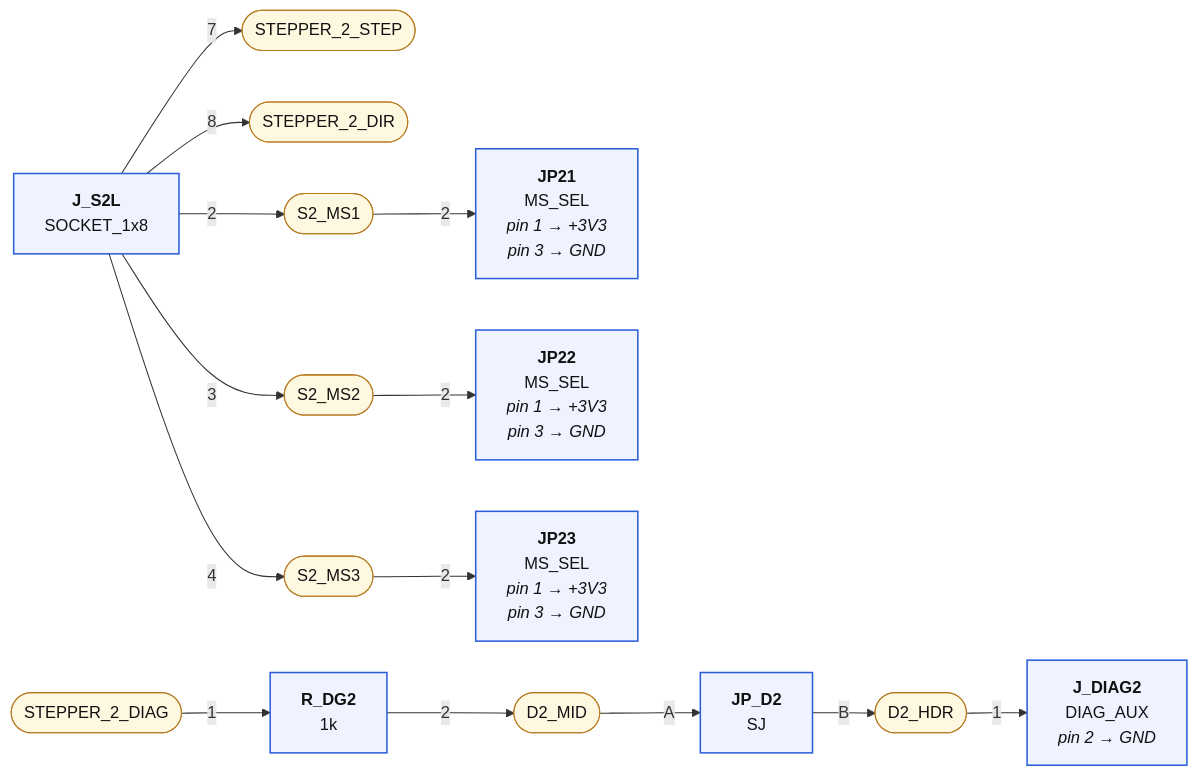
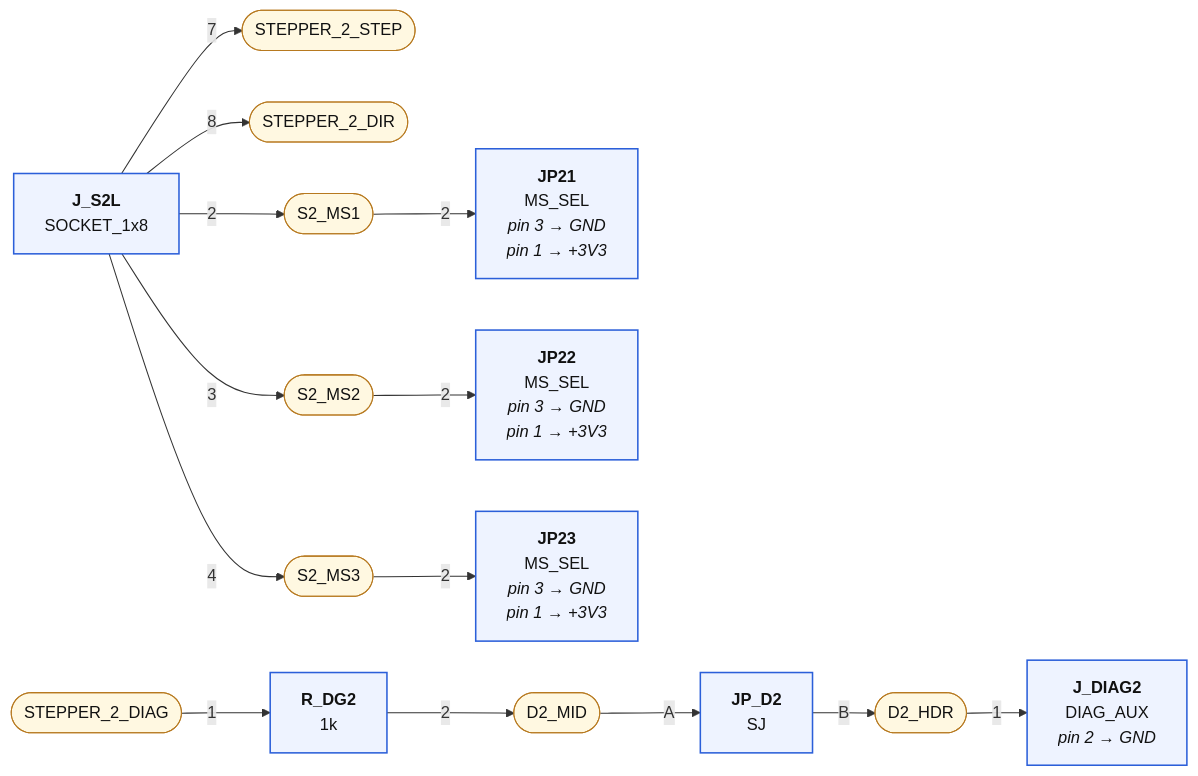
Before and after one commit to mrwillson2u/propmesh: the second of 5 diagrams in hardware/pro/sheets/06-motors.diagram.md, drawn with Mermaid. The commit also changed other lines of this file and 44 other files, not shown here.

````diff
--- a/hardware/pro/sheets/06-motors.diagram.md
+++ b/hardware/pro/sheets/06-motors.diagram.md
@@ -54,38 +54,38 @@
 ```mermaid
 graph LR
   classDef part fill:#eef3ff,stroke:#2b5fd9,stroke-width:1.5px,color:#111
   classDef net fill:#fff8e1,stroke:#b7791f,color:#111
   classDef rail fill:#ffe0b2,stroke:#e65100,stroke-width:3px,color:#111,font-weight:bold
   classDef badnet fill:#ffe0e0,stroke:#c00,stroke-width:3px,color:#111,font-weight:bold
   classDef absent fill:#fff,stroke:#c00,stroke-width:2px,stroke-dasharray:6 4,color:#c00
   classDef extra fill:#ffecec,stroke:#c00,stroke-width:2px,color:#111
   classDef dnp fill:#f5f5f5,stroke:#999,stroke-dasharray:3 3,color:#666
   N_STEPPER_2_STEP(["STEPPER_2_STEP"]):::net
   P_J_S2L["<b>J_S2L</b><br/>SOCKET_1x8"]:::part
   P_J_S2L --"7"--> N_STEPPER_2_STEP
   N_STEPPER_2_DIR(["STEPPER_2_DIR"]):::net
   P_J_S2L --"8"--> N_STEPPER_2_DIR
   N_S2_MS1(["S2_MS1"]):::net
   P_J_S2L --"2"--> N_S2_MS1
-  P_JP21["<b>JP21</b><br/>MS_SEL<br/><i>pin 1 → +3V3</i><br/><i>pin 3 → GND</i>"]:::part
+  P_JP21["<b>JP21</b><br/>MS_SEL<br/><i>pin 3 → GND</i><br/><i>pin 1 → +3V3</i>"]:::part
   N_S2_MS1 --"2"--> P_JP21
   N_S2_MS2(["S2_MS2"]):::net
   P_J_S2L --"3"--> N_S2_MS2
-  P_JP22["<b>JP22</b><br/>MS_SEL<br/><i>pin 1 → +3V3</i><br/><i>pin 3 → GND</i>"]:::part
+  P_JP22["<b>JP22</b><br/>MS_SEL<br/><i>pin 3 → GND</i><br/><i>pin 1 → +3V3</i>"]:::part
   N_S2_MS2 --"2"--> P_JP22
   N_S2_MS3(["S2_MS3"]):::net
   P_J_S2L --"4"--> N_S2_MS3
-  P_JP23["<b>JP23</b><br/>MS_SEL<br/><i>pin 1 → +3V3</i><br/><i>pin 3 → GND</i>"]:::part
+  P_JP23["<b>JP23</b><br/>MS_SEL<br/><i>pin 3 → GND</i><br/><i>pin 1 → +3V3</i>"]:::part
   N_S2_MS3 --"2"--> P_JP23
   N_STEPPER_2_DIAG(["STEPPER_2_DIAG"]):::net
   P_R_DG2["<b>R_DG2</b><br/>1k"]:::part
   N_STEPPER_2_DIAG --"1"--> P_R_DG2
   N_D2_MID(["D2_MID"]):::net
   P_R_DG2 --"2"--> N_D2_MID
   P_JP_D2["<b>JP_D2</b><br/>SJ"]:::part
   N_D2_MID --"A"--> P_JP_D2
   N_D2_HDR(["D2_HDR"]):::net
   P_JP_D2 --"B"--> N_D2_HDR
   P_J_DIAG2["<b>J_DIAG2</b><br/>DIAG_AUX<br/><i>pin 2 → GND</i>"]:::part
   N_D2_HDR --"1"--> P_J_DIAG2
 ```
````
